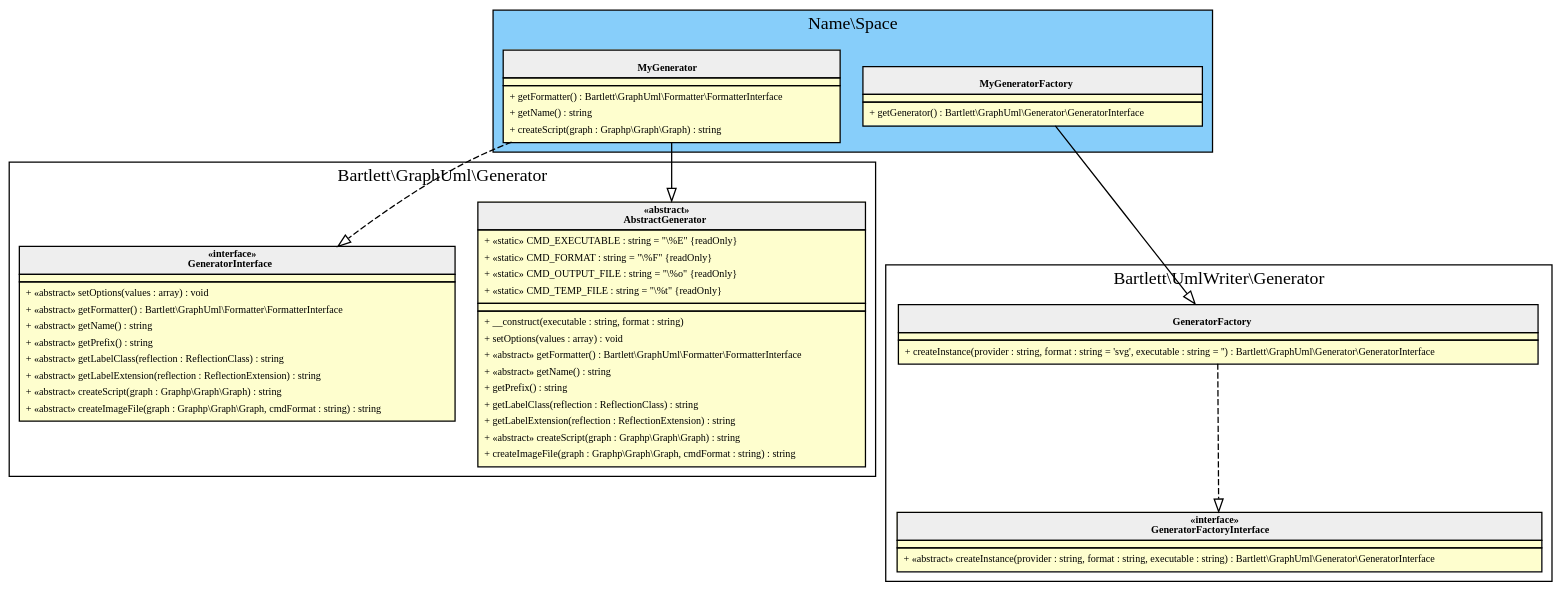
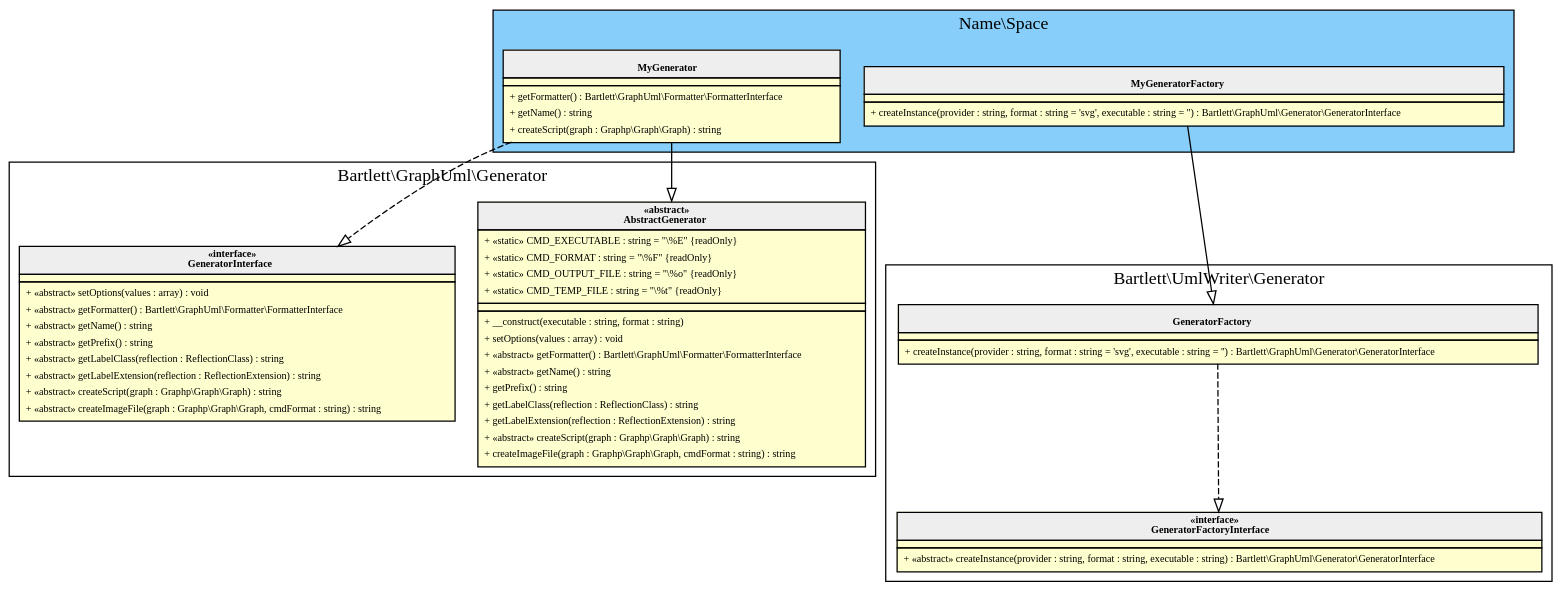
Before and after one commit to llaville/umlwriter: the diagram in 4.0/assets/images/generator.html.gv, drawn with Graphviz. The commit also changed 9 other files, not shown here.

```diff
--- a/4.0/assets/images/generator.html.gv
+++ b/4.0/assets/images/generator.html.gv
@@ -1,90 +1,90 @@
 digraph {
   graph [name="G" overlap="false" rankdir="TB" bgcolor="transparent"]
   node [fontname="Verdana" fontsize=8 shape="none" margin=0 fillcolor="#FEFECE" style="filled"]
   edge [fontname="Verdana" fontsize=8]
   subgraph cluster_0 {
     graph [bgcolor="LightSkyBlue"]
     label = "Name\\Space"
     "Name\\Space\\MyGenerator" [shape="none" label=<
 <table cellspacing="0" border="0" cellborder="1">
     <tr><td bgcolor="#eeeeee"><b><br/>MyGenerator</b></td></tr>
     <tr><td></td></tr>
     <tr><td><table border="0" cellspacing="0" cellpadding="2">
     <tr><td align="left">+ getFormatter() : Bartlett\\GraphUml\\Formatter\\FormatterInterface</td></tr>
     <tr><td align="left">+ getName() : string</td></tr>
     <tr><td align="left">+ createScript(graph : Graphp\\Graph\\Graph) : string</td></tr>
 </table></td></tr>
 </table>>]
     "Name\\Space\\MyGeneratorFactory" [shape="none" label=<
 <table cellspacing="0" border="0" cellborder="1">
     <tr><td bgcolor="#eeeeee"><b><br/>MyGeneratorFactory</b></td></tr>
     <tr><td></td></tr>
     <tr><td><table border="0" cellspacing="0" cellpadding="2">
-    <tr><td align="left">+ getGenerator() : Bartlett\\GraphUml\\Generator\\GeneratorInterface</td></tr>
+    <tr><td align="left">+ createInstance(provider : string, format : string = 'svg', executable : string = '') : Bartlett\\GraphUml\\Generator\\GeneratorInterface</td></tr>
 </table></td></tr>
 </table>>]
   }
   subgraph cluster_1 {
     label = "Bartlett\\GraphUml\\Generator"
     "Bartlett\\GraphUml\\Generator\\AbstractGenerator" [shape="none" label=<
 <table cellspacing="0" border="0" cellborder="1">
     <tr><td bgcolor="#eeeeee"><b>«abstract»<br/>AbstractGenerator</b></td></tr>
     <tr><td><table border="0" cellspacing="0" cellpadding="2">
     <tr><td align="left">+ «static» CMD_EXECUTABLE : string = "\%E" {readOnly}</td></tr>
     <tr><td align="left">+ «static» CMD_FORMAT : string = "\%F" {readOnly}</td></tr>
     <tr><td align="left">+ «static» CMD_OUTPUT_FILE : string = "\%o" {readOnly}</td></tr>
     <tr><td align="left">+ «static» CMD_TEMP_FILE : string = "\%t" {readOnly}</td></tr>
 </table></td></tr>
     <tr><td></td></tr>
     <tr><td><table border="0" cellspacing="0" cellpadding="2">
     <tr><td align="left">+ __construct(executable : string, format : string)</td></tr>
     <tr><td align="left">+ setOptions(values : array) : void</td></tr>
     <tr><td align="left">+ «abstract» getFormatter() : Bartlett\\GraphUml\\Formatter\\FormatterInterface</td></tr>
     <tr><td align="left">+ «abstract» getName() : string</td></tr>
     <tr><td align="left">+ getPrefix() : string</td></tr>
     <tr><td align="left">+ getLabelClass(reflection : ReflectionClass) : string</td></tr>
     <tr><td align="left">+ getLabelExtension(reflection : ReflectionExtension) : string</td></tr>
     <tr><td align="left">+ «abstract» createScript(graph : Graphp\\Graph\\Graph) : string</td></tr>
     <tr><td align="left">+ createImageFile(graph : Graphp\\Graph\\Graph, cmdFormat : string) : string</td></tr>
 </table></td></tr>
 </table>>]
     "Bartlett\\GraphUml\\Generator\\GeneratorInterface" [shape="none" label=<
 <table cellspacing="0" border="0" cellborder="1">
     <tr><td bgcolor="#eeeeee"><b>«interface»<br/>GeneratorInterface</b></td></tr>
     <tr><td></td></tr>
     <tr><td><table border="0" cellspacing="0" cellpadding="2">
     <tr><td align="left">+ «abstract» setOptions(values : array) : void</td></tr>
     <tr><td align="left">+ «abstract» getFormatter() : Bartlett\\GraphUml\\Formatter\\FormatterInterface</td></tr>
     <tr><td align="left">+ «abstract» getName() : string</td></tr>
     <tr><td align="left">+ «abstract» getPrefix() : string</td></tr>
     <tr><td align="left">+ «abstract» getLabelClass(reflection : ReflectionClass) : string</td></tr>
     <tr><td align="left">+ «abstract» getLabelExtension(reflection : ReflectionExtension) : string</td></tr>
     <tr><td align="left">+ «abstract» createScript(graph : Graphp\\Graph\\Graph) : string</td></tr>
     <tr><td align="left">+ «abstract» createImageFile(graph : Graphp\\Graph\\Graph, cmdFormat : string) : string</td></tr>
 </table></td></tr>
 </table>>]
   }
   subgraph cluster_2 {
     label = "Bartlett\\UmlWriter\\Generator"
     "Bartlett\\UmlWriter\\Generator\\GeneratorFactory" [shape="none" label=<
 <table cellspacing="0" border="0" cellborder="1">
     <tr><td bgcolor="#eeeeee"><b><br/>GeneratorFactory</b></td></tr>
     <tr><td></td></tr>
     <tr><td><table border="0" cellspacing="0" cellpadding="2">
     <tr><td align="left">+ createInstance(provider : string, format : string = 'svg', executable : string = '') : Bartlett\\GraphUml\\Generator\\GeneratorInterface</td></tr>
 </table></td></tr>
 </table>>]
     "Bartlett\\UmlWriter\\Generator\\GeneratorFactoryInterface" [shape="none" label=<
 <table cellspacing="0" border="0" cellborder="1">
     <tr><td bgcolor="#eeeeee"><b>«interface»<br/>GeneratorFactoryInterface</b></td></tr>
     <tr><td></td></tr>
     <tr><td><table border="0" cellspacing="0" cellpadding="2">
     <tr><td align="left">+ «abstract» createInstance(provider : string, format : string, executable : string) : Bartlett\\GraphUml\\Generator\\GeneratorInterface</td></tr>
 </table></td></tr>
 </table>>]
   }
   "Name\\Space\\MyGenerator" -> "Bartlett\\GraphUml\\Generator\\AbstractGenerator" [arrowhead="empty" style="filled"]
   "Name\\Space\\MyGenerator" -> "Bartlett\\GraphUml\\Generator\\GeneratorInterface" [arrowhead="empty" style="dashed"]
   "Bartlett\\UmlWriter\\Generator\\GeneratorFactory" -> "Bartlett\\UmlWriter\\Generator\\GeneratorFactoryInterface" [arrowhead="empty" style="dashed"]
   "Name\\Space\\MyGeneratorFactory" -> "Bartlett\\UmlWriter\\Generator\\GeneratorFactory" [arrowhead="empty" style="filled"]
 }
```
